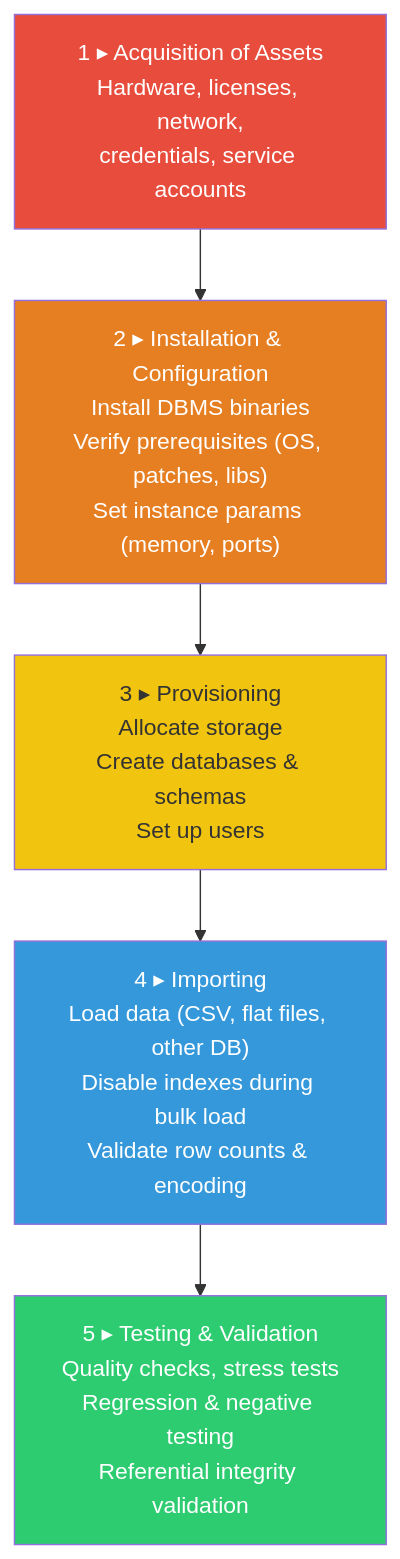
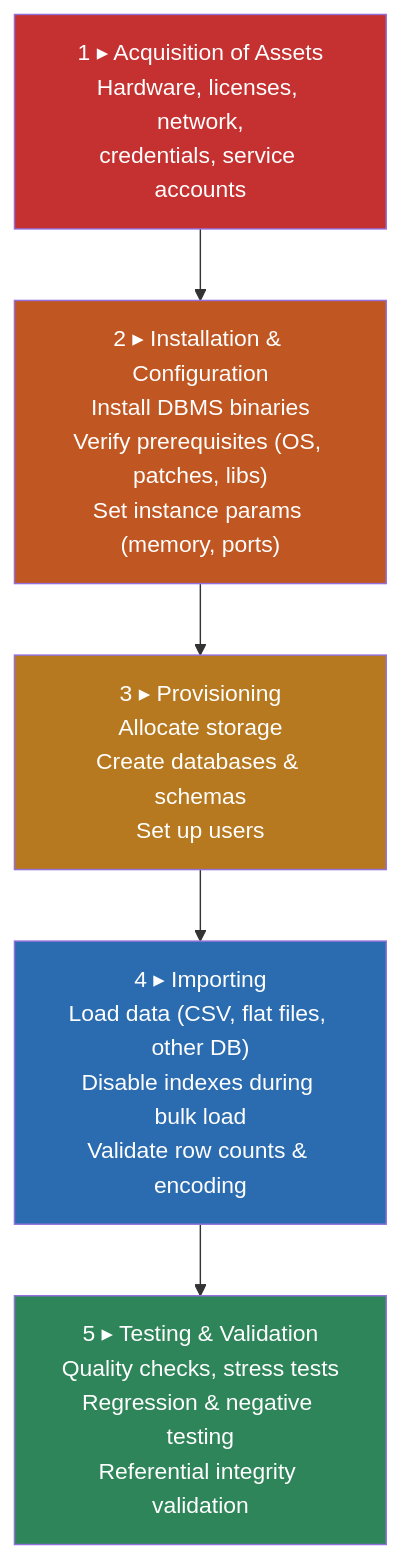
Diagram 13 of 39 in 07-Visual-Study-Diagrams.md (George-API/CompTIA_DataSys_Study_Guide), drawn with Mermaid before and after one commit. The commit also changed other lines of this file, not shown here.

Commit message:
Improvements to visual study mermaid diagrams

````diff
--- a/07-Visual-Study-Diagrams.md
+++ b/07-Visual-Study-Diagrams.md
@@ -300,16 +300,16 @@
 ```mermaid
 flowchart TD
-    P1["1 ▸ Acquisition of Assets\nHardware, licenses, network,\ncredentials, service accounts"]
-    P2["2 ▸ Installation & Configuration\nInstall DBMS binaries\nVerify prerequisites (OS, patches, libs)\nSet instance params (memory, ports)"]
-    P3["3 ▸ Provisioning\nAllocate storage\nCreate databases & schemas\nSet up users"]
-    P4["4 ▸ Importing\nLoad data (CSV, flat files, other DB)\nDisable indexes during bulk load\nValidate row counts & encoding"]
-    P5["5 ▸ Testing & Validation\nQuality checks, stress tests\nRegression & negative testing\nReferential integrity validation"]
+    P1["1 ▸ Acquisition of Assets<br/>Hardware, licenses, network,<br/>credentials, service accounts"]
+    P2["2 ▸ Installation & Configuration<br/>Install DBMS binaries<br/>Verify prerequisites (OS, patches, libs)<br/>Set instance params (memory, ports)"]
+    P3["3 ▸ Provisioning<br/>Allocate storage<br/>Create databases & schemas<br/>Set up users"]
+    P4["4 ▸ Importing<br/>Load data (CSV, flat files, other DB)<br/>Disable indexes during bulk load<br/>Validate row counts & encoding"]
+    P5["5 ▸ Testing & Validation<br/>Quality checks, stress tests<br/>Regression & negative testing<br/>Referential integrity validation"]
 
     P1 --> P2 --> P3 --> P4 --> P5
 
-    style P1 fill:#e74c3c,color:#fff
-    style P2 fill:#e67e22,color:#fff
-    style P3 fill:#f1c40f,color:#333
-    style P4 fill:#3498db,color:#fff
-    style P5 fill:#2ecc71,color:#fff
+    style P1 fill:#C53030,color:#fff
+    style P2 fill:#C05621,color:#fff
+    style P3 fill:#B7791F,color:#fff
+    style P4 fill:#2B6CB0,color:#fff
+    style P5 fill:#2F855A,color:#fff
 ```
````
